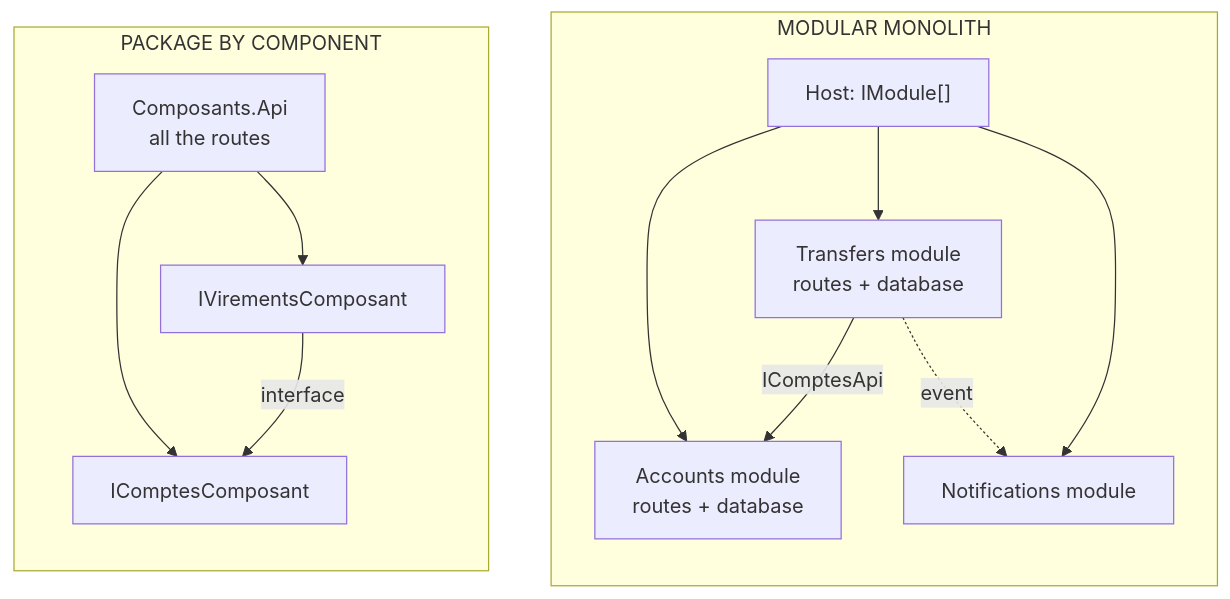
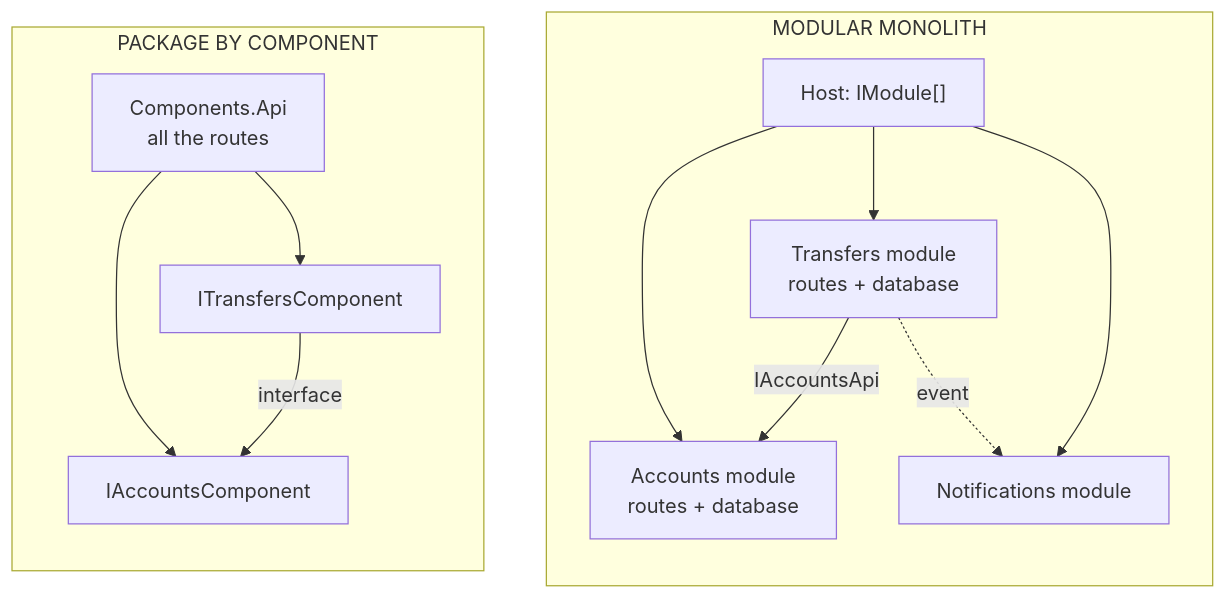
Before and after one commit to drangoht/ArchitecturesDemo: the diagram in Docs/en/differences/08-composants-vs-monolithe-modulaire.md, drawn with Mermaid. The commit also changed other lines of this file and 78 other files, not shown here.

First line of the commit message:
Docs EN : identifiants, liens, diagrammes et sorties alignés sur le code anglais

````diff
--- a/Docs/en/differences/08-composants-vs-monolithe-modulaire.md
+++ b/Docs/en/differences/08-composants-vs-monolithe-modulaire.md
@@ -35,18 +35,18 @@
 ```mermaid
 flowchart LR
     subgraph C["PACKAGE BY COMPONENT"]
         direction TB
-        API["Composants.Api<br/>all the routes"] --> IC["IComptesComposant"]
-        API --> IV["IVirementsComposant"]
+        API["Components.Api<br/>all the routes"] --> IC["IAccountsComponent"]
+        API --> IV["ITransfersComponent"]
         IV -->|"interface"| IC
     end
     subgraph M["MODULAR MONOLITH"]
         direction TB
         H["Host: IModule[]"] --> MC["Accounts module<br/>routes + database"]
         H --> MV["Transfers module<br/>routes + database"]
         H --> MN["Notifications module"]
-        MV -->|"IComptesApi"| MC
+        MV -->|"IAccountsApi"| MC
         MV -.->|"event"| MN
     end
     C ~~~ M
 ```
````
